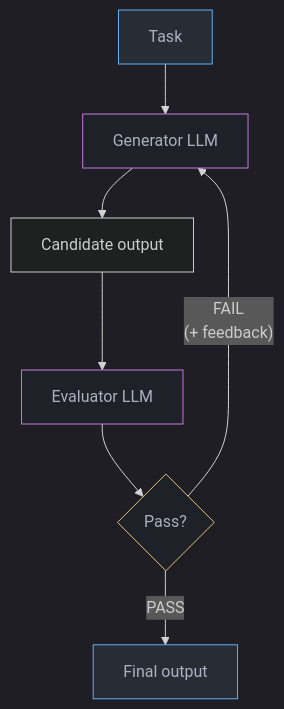
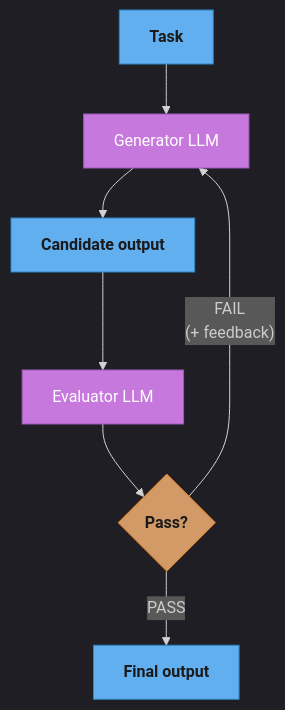
The sixth of 7 diagrams in src/main/java/com/rutik/systemdesign/llm/agentic_workflow_patterns/README.md (rppol/system-design), drawn with Mermaid before and after one commit. The commit also changed other lines of this file and 88 other files, not shown here.

````diff
--- a/src/main/java/com/rutik/systemdesign/llm/agentic_workflow_patterns/README.md
+++ b/src/main/java/com/rutik/systemdesign/llm/agentic_workflow_patterns/README.md
@@ -550,23 +570,26 @@
 ```mermaid
 %%{init: {'flowchart': {'curve': 'basis'}, 'theme': 'dark'}}%%
 flowchart TD
-    classDef io     fill:#282c34,stroke:#61afef,color:#abb2bf
-    classDef llm    fill:#1e2127,stroke:#c678dd,color:#abb2bf
-    classDef decide fill:#1e2127,stroke:#e5c07b,color:#abb2bf
+    classDef io      fill:#61afef,stroke:#2e86c1,color:#1a1a1a,font-weight:bold
+    classDef frozen  fill:#c678dd,stroke:#9b59b6,color:#fff
+    classDef train   fill:#98c379,stroke:#27ae60,color:#1a1a1a
+    classDef mathOp  fill:#d19a66,stroke:#e67e22,color:#1a1a1a,font-weight:bold
+    classDef lossN   fill:#e06c75,stroke:#c0392b,color:#fff,font-weight:bold
+    classDef req     fill:#56b6c2,stroke:#0097a7,color:#1a1a1a
+    classDef base    fill:#e5c07b,stroke:#f39c12,color:#1a1a1a
 
     TASK["Task"]
     GEN["Generator LLM"]
     CAND["Candidate output"]
     EVAL["Evaluator LLM"]
     DONE{"Pass?"}
     FINAL["Final output"]
 
     TASK --> GEN --> CAND --> EVAL --> DONE
     DONE -->|"PASS"| FINAL
     DONE -->|"FAIL\n(+ feedback)"| GEN
 
-    class TASK,FINAL io
-    class GEN,EVAL llm
-    class CAND proc
-    class DONE decide
+    class TASK,FINAL,CAND io
+    class GEN,EVAL frozen
+    class DONE mathOp
 ```
````
